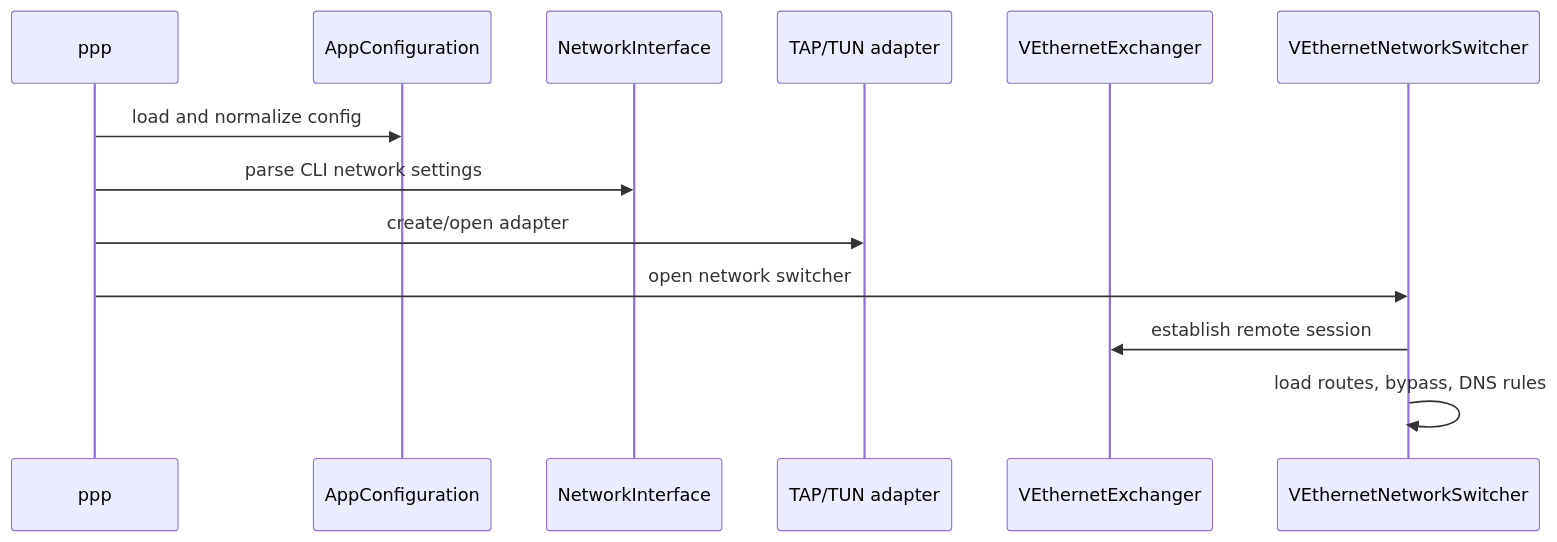
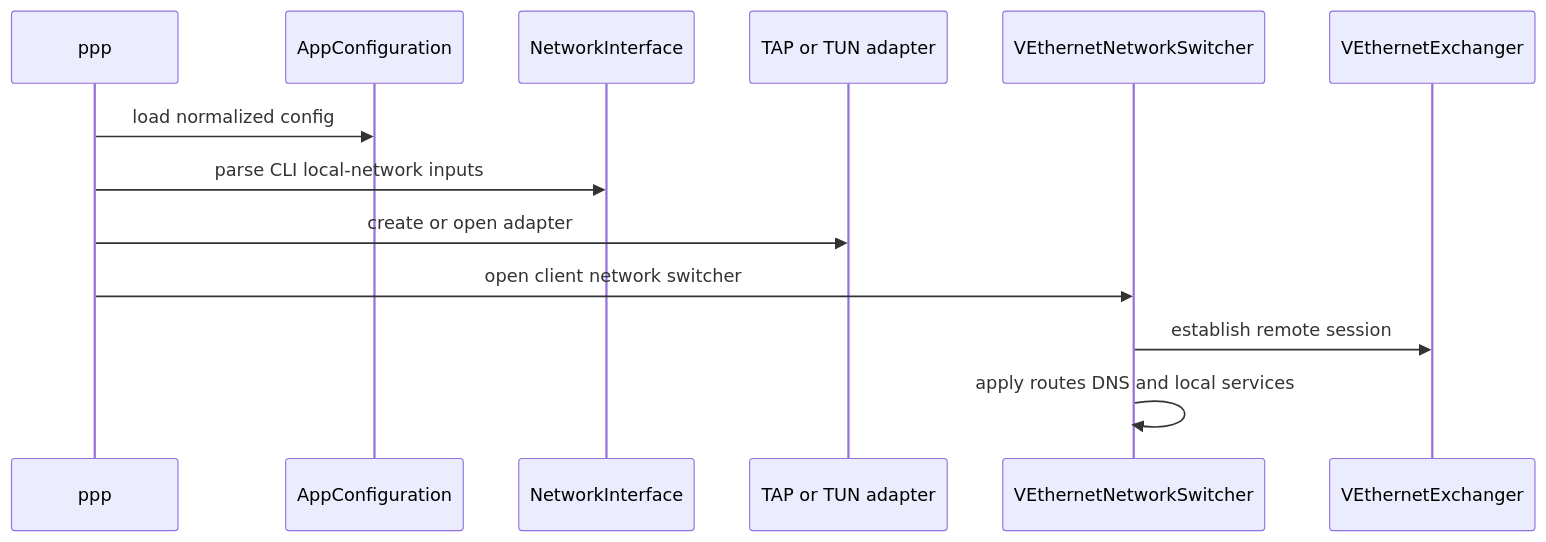
One commit to HyacinthHaru/openppp2 changed the fourth of 4 diagrams in docs/USER_MANUAL.md. Above: the diagram before and after it, drawn with Mermaid. The commit also changed other lines of this file and 4 other files, not shown here.

````diff
--- a/docs/USER_MANUAL.md
+++ b/docs/USER_MANUAL.md
@@ -103,15 +238,15 @@
 ```mermaid
 sequenceDiagram
     participant P as ppp
     participant C as AppConfiguration
     participant N as NetworkInterface
-    participant T as TAP/TUN adapter
+    participant T as TAP or TUN adapter
+    participant S as VEthernetNetworkSwitcher
     participant X as VEthernetExchanger
-    participant S as VEthernetNetworkSwitcher
-    P->>C: load and normalize config
-    P->>N: parse CLI network settings
-    P->>T: create/open adapter
-    P->>S: open network switcher
+    P->>C: load normalized config
+    P->>N: parse CLI local-network inputs
+    P->>T: create or open adapter
+    P->>S: open client network switcher
     S->>X: establish remote session
-    S->>S: load routes, bypass, DNS rules
+    S->>S: apply routes DNS and local services
 ```
````
